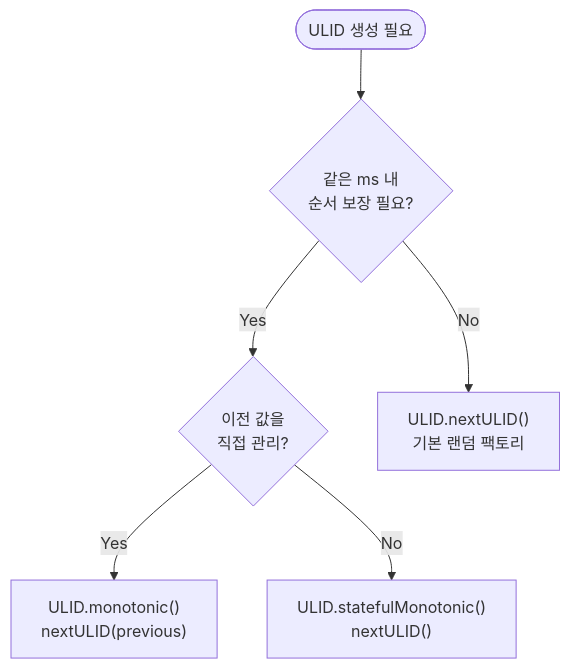
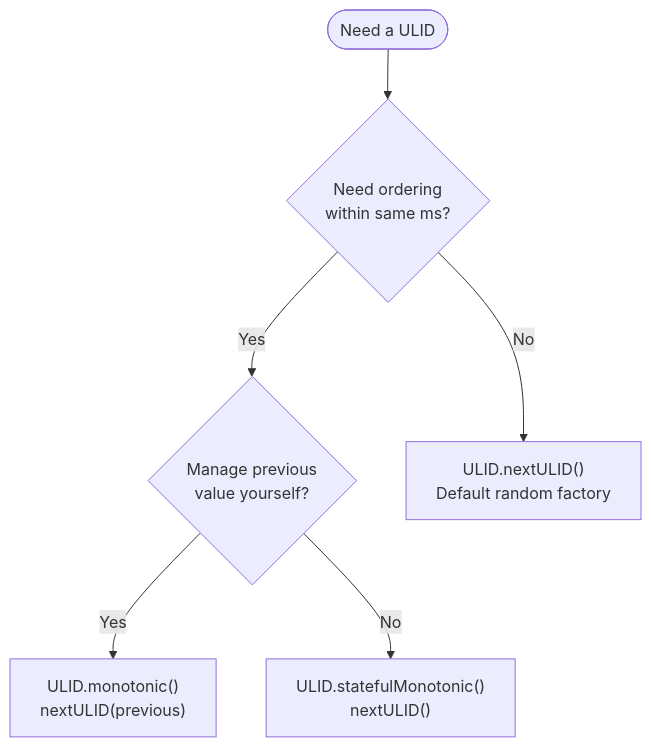
Before and after one commit to bluetape4k/bluetape4k-projects: the second of 3 diagrams in utils/idgenerators/README.md, drawn with Mermaid. The commit also changed other lines of this file and 265 other files, not shown here.

````diff
--- a/utils/idgenerators/README.md
+++ b/utils/idgenerators/README.md
@@ -257,15 +257,15 @@
 ```mermaid
 flowchart TD
-    Start(["ULID 생성 필요"])
-    Q1{"같은 ms 내<br/>순서 보장 필요?"}
-    Q2{"이전 값을<br/>직접 관리?"}
-    Basic["ULID.nextULID()<br/>기본 랜덤 팩토리"]
+    Start(["Need a ULID"])
+    Q1{"Need ordering<br/>within same ms?"}
+    Q2{"Manage previous<br/>value yourself?"}
+    Basic["ULID.nextULID()<br/>Default random factory"]
     Mono["ULID.monotonic()<br/>nextULID(previous)"]
     State["ULID.statefulMonotonic()<br/>nextULID()"]
 
     Start --> Q1
     Q1 -->|No| Basic
     Q1 -->|Yes| Q2
     Q2 -->|Yes| Mono
     Q2 -->|No| State
 ```
````
